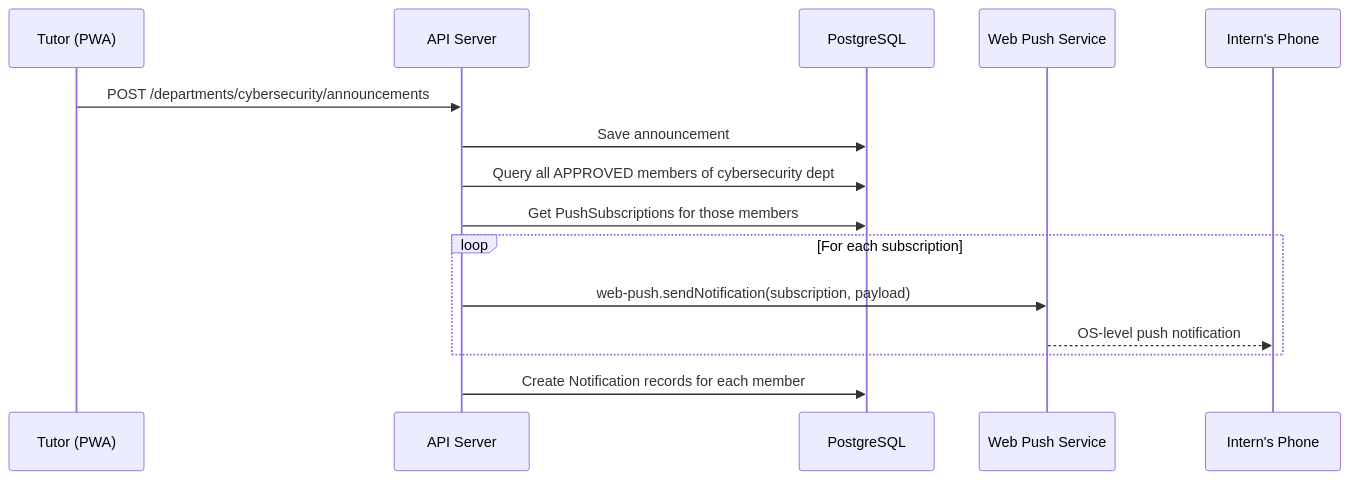
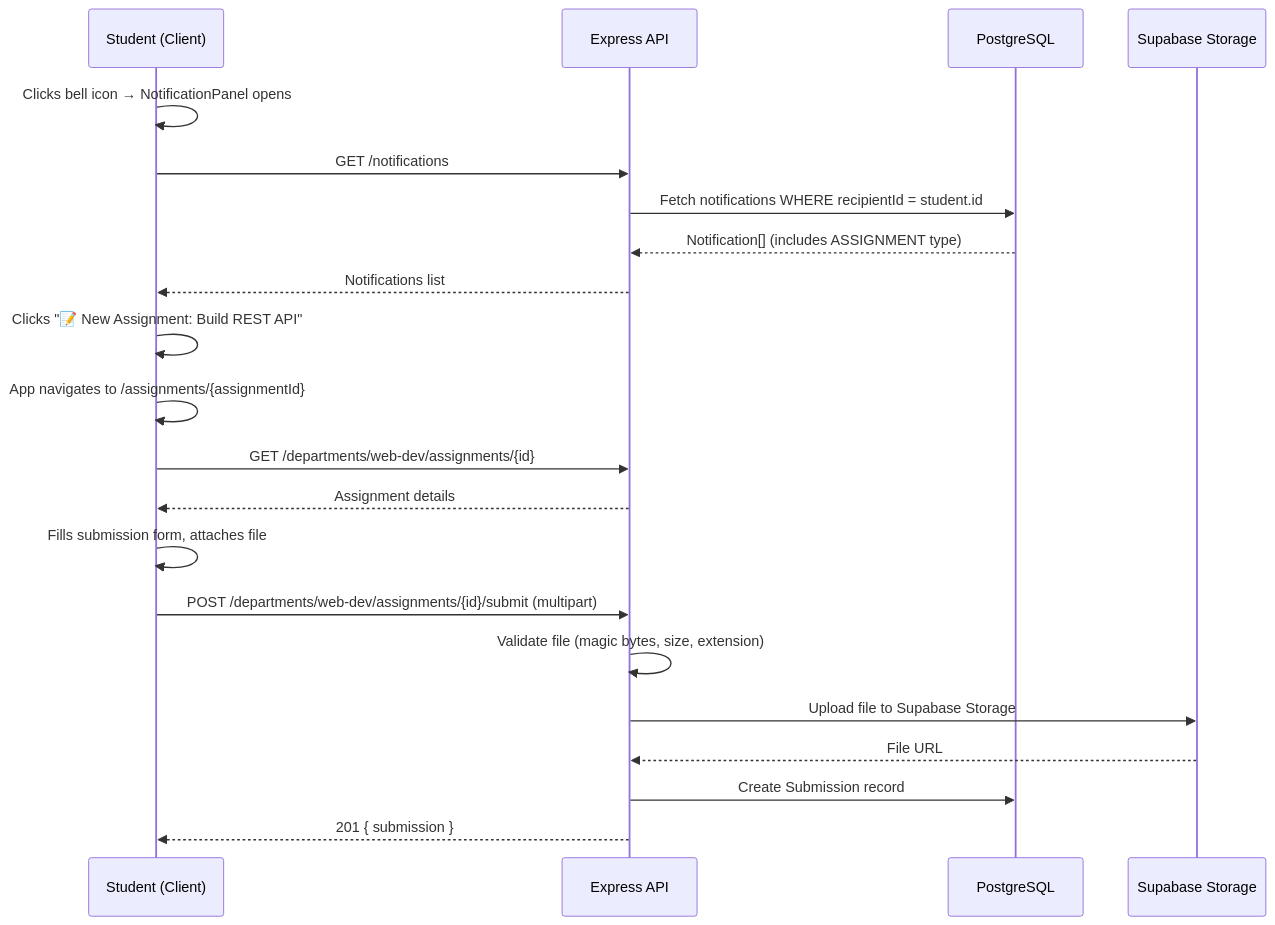
Before and after one commit to Sydonverse/Nexus: the eighth of 8 diagrams in implementation_plan.md, drawn with Mermaid. The commit also changed other lines of this file and 1 other file, not shown here.

````diff
--- a/implementation_plan.md
+++ b/implementation_plan.md
@@ -536,18 +1141,27 @@
 ```mermaid
 sequenceDiagram
-    participant Tutor as Tutor (PWA)
-    participant API as API Server
+    participant Student as Student (Client)
+    participant API as Express API
     participant DB as PostgreSQL
-    participant Push as Web Push Service
-    participant Intern as Intern's Phone
+    participant Storage as Supabase Storage
 
-    Tutor->>API: POST /departments/cybersecurity/announcements
-    API->>DB: Save announcement
-    API->>DB: Query all APPROVED members of cybersecurity dept
-    API->>DB: Get PushSubscriptions for those members
-    loop For each subscription
-        API->>Push: web-push.sendNotification(subscription, payload)
-        Push-->>Intern: OS-level push notification
-    end
-    API->>DB: Create Notification records for each member
+    Student->>Student: Clicks bell icon → NotificationPanel opens
+    Student->>API: GET /notifications
+    API->>DB: Fetch notifications WHERE recipientId = student.id
+    DB-->>API: Notification[] (includes ASSIGNMENT type)
+    API-->>Student: Notifications list
+
+    Student->>Student: Clicks "📝 New Assignment: Build REST API"
+    Student->>Student: App navigates to /assignments/{assignmentId}
+    
+    Student->>API: GET /departments/web-dev/assignments/{id}
+    API-->>Student: Assignment details
+
+    Student->>Student: Fills submission form, attaches file
+    Student->>API: POST /departments/web-dev/assignments/{id}/submit (multipart)
+    API->>API: Validate file (magic bytes, size, extension)
+    API->>Storage: Upload file to Supabase Storage
+    Storage-->>API: File URL
+    API->>DB: Create Submission record
+    API-->>Student: 201 { submission }
 ```
````
